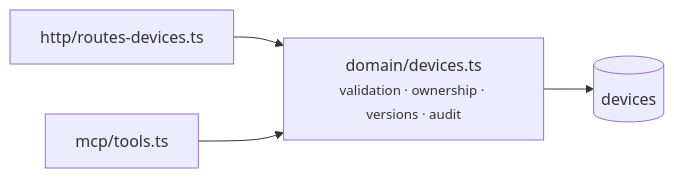
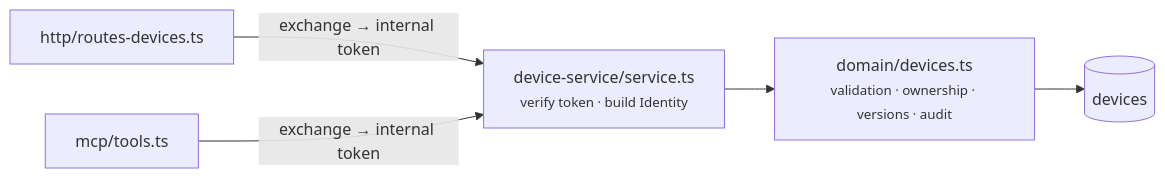
Before and after one commit to ksypinro/MCP-UI: the second of 7 diagrams in docs/architecture.md, drawn with Mermaid. The commit also changed other lines of this file and 182 other files, not shown here.

````diff
--- a/docs/architecture.md
+++ b/docs/architecture.md
@@ -67,6 +76,7 @@
 ```mermaid
 graph LR
-    rest["http/routes-devices.ts"] --> svc
-    mcp["mcp/tools.ts"] --> svc
-    svc["domain/devices.ts<br/><small>validation · ownership · versions · audit</small>"] --> db[("devices")]
+    rest["http/routes-devices.ts"] -->|"exchange → internal token"| svc
+    mcp["mcp/tools.ts"] -->|"exchange → internal token"| svc
+    svc["device-service/service.ts<br/><small>verify token · build Identity</small>"] --> rules
+    rules["domain/devices.ts<br/><small>validation · ownership · versions · audit</small>"] --> db[("devices")]
 ```
````
